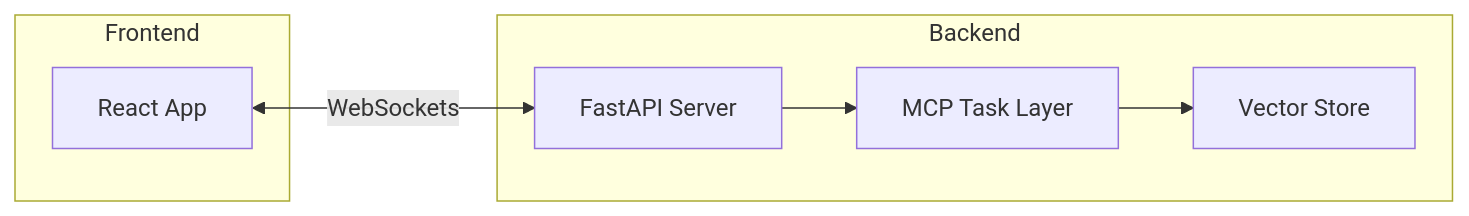
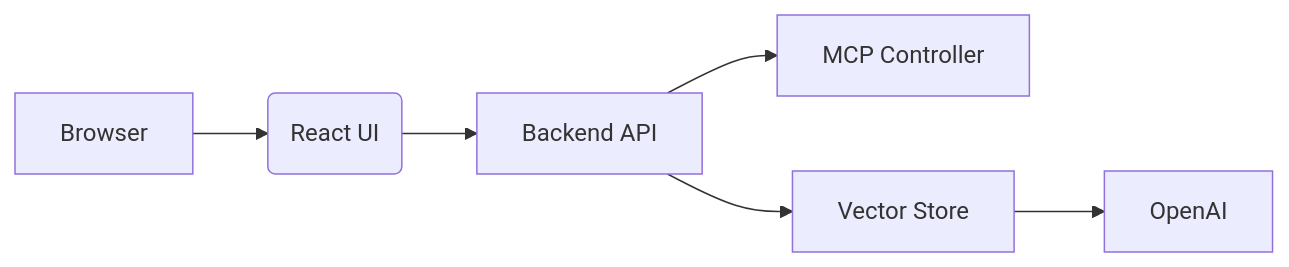
Before and after one commit to tarsonis125/mcp-crawl4ai-rag-ChromaDB-V1: the diagram in docs/docs/getting-started.md, drawn with Mermaid. The commit also changed other lines of this file and 10 other files, not shown here.

````diff
--- a/docs/docs/getting-started.md
+++ b/docs/docs/getting-started.md
@@ -38,13 +62,8 @@
 ```mermaid
-flowchart LR
-  subgraph Backend
-    A[FastAPI Server]
-    B[MCP Task Layer]
-    C[Vector Store]
-  end
-  subgraph Frontend
-    D[React App]
-  end
-  A --> B --> C
-  D <-- WebSockets --> A
+graph LR
+  A[Browser] --> B(React UI)
+  B --> C[Backend API]
+  C --> D[MCP Controller]
+  C --> E[Vector Store]
+  E --> F[OpenAI]
 ```
````
